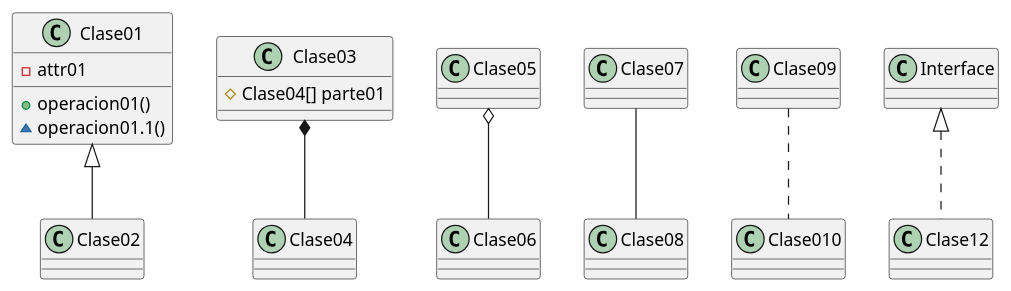
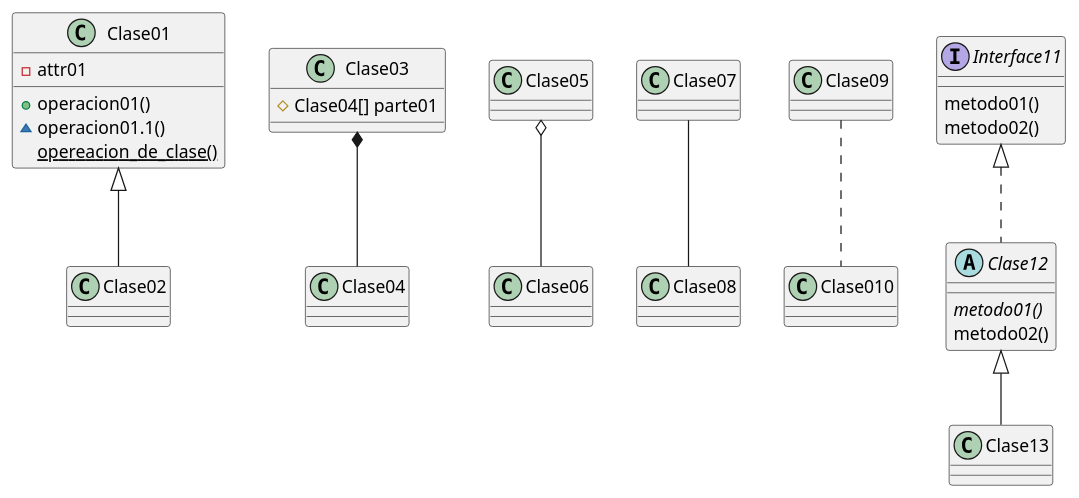
Before and after one commit to ITAD0RI-YUJI/U-diagramas-en-UML: the diagram in clases.plantuml, drawn with PlantUML. The commit also changed 1 other file, not shown here.

Commit message:
Agregando plantUML de la banda

```diff
--- a/clases.plantuml
+++ b/clases.plantuml
@@ -3,18 +3,29 @@
 @startuml clases
 
 Clase01 <|-- Clase02
 Clase03 *-- Clase04
 Clase05 o-- Clase06
 Clase07 -- Clase08
 Clase09 .. Clase010
 
-Interface <|.. Clase12
+interface Interface11
+Interface11 <|.. Clase12
+
+abstract class Clase12
+Clase12 <|-- Clase13
 
 Clase01 : + operacion01()
 Clase01 : ~ operacion01.1()
 
 Clase01 : - attr01
+Clase01 : {static} opereacion_de_clase()
 
 Clase03 : # Clase04[] parte01
 
+Interface11 : metodo01()
+Interface11 : metodo02()
+
+Clase12 : {abstract} metodo01()
+Clase12 : metodo02()
+
 @enduml
```
